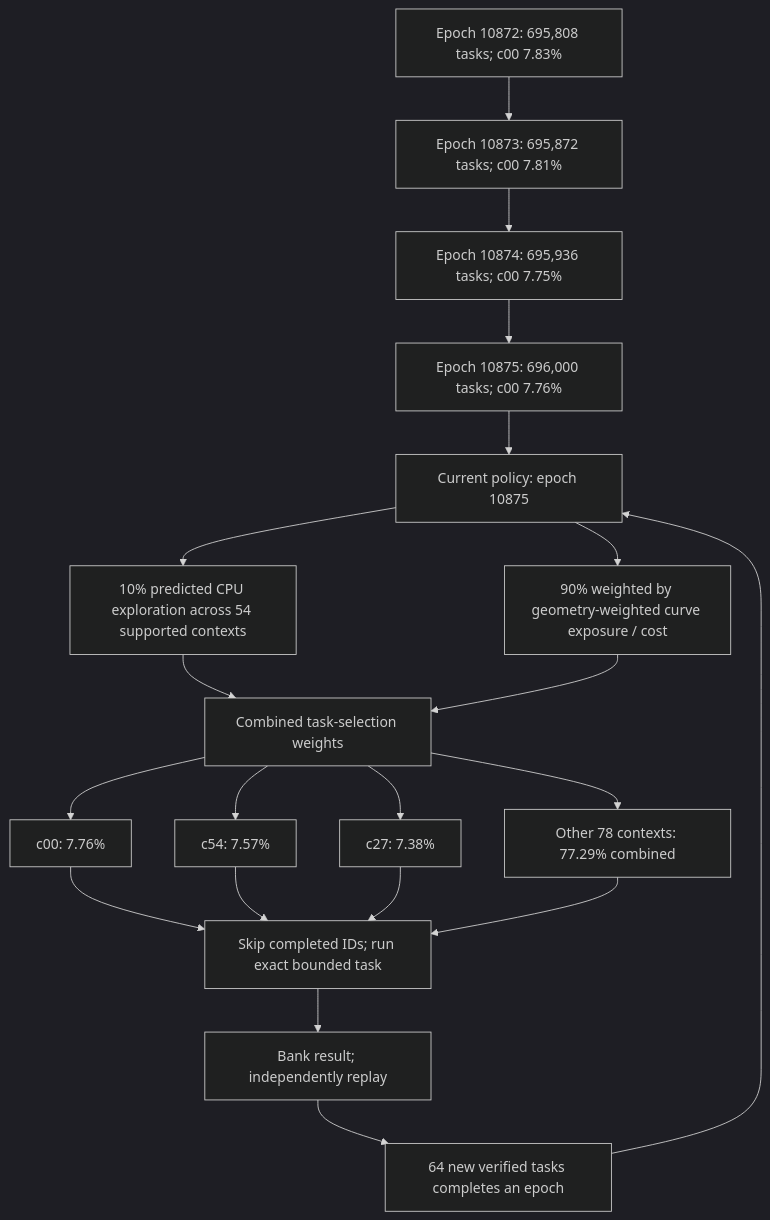
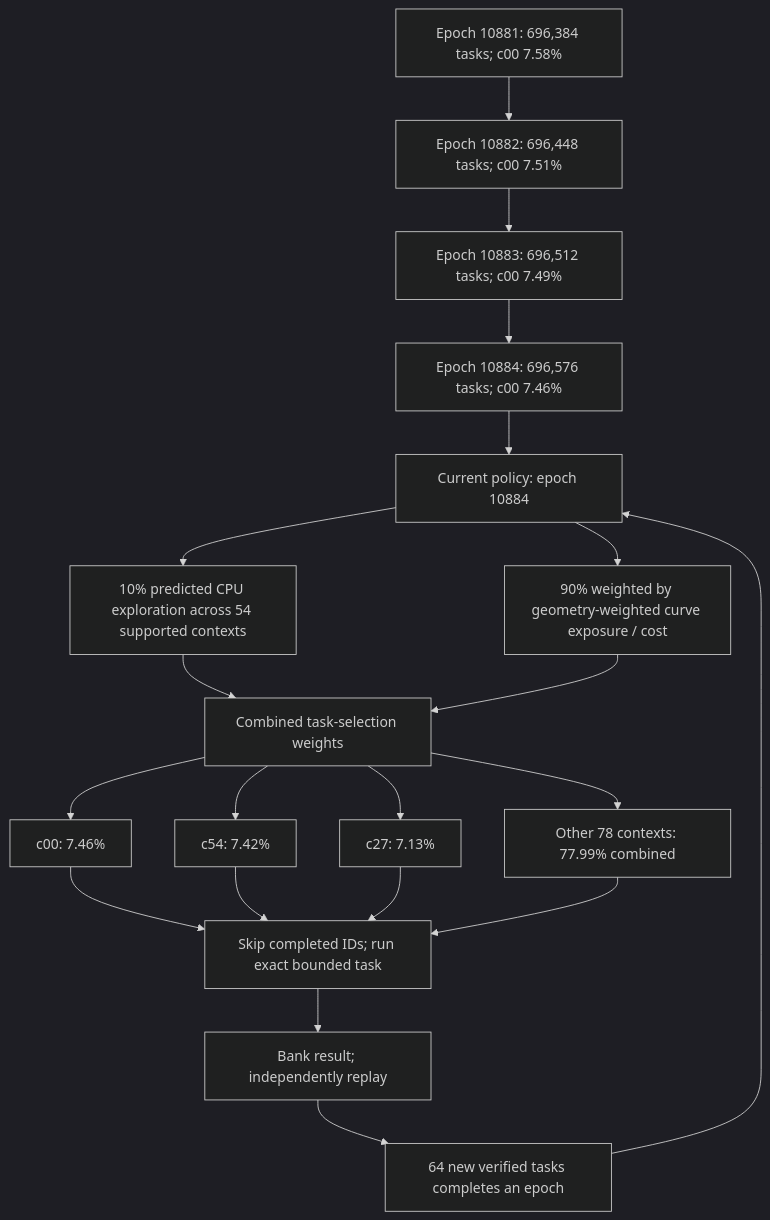
One commit to Kuberwastaken/math-gambling changed the first of 4 diagrams in README.md. Above: the diagram before and after it, drawn with Mermaid (dark theme). The commit also changed other lines of this file and 2200 other files, not shown here.

````diff
--- a/README.md
+++ b/README.md
@@ -60,27 +60,27 @@
 ```mermaid
 flowchart TD
-    H0["Epoch 10872: 695,808 tasks; c00 7.83%"]
-    H1["Epoch 10873: 695,872 tasks; c00 7.81%"]
+    H0["Epoch 10881: 696,384 tasks; c00 7.58%"]
+    H1["Epoch 10882: 696,448 tasks; c00 7.51%"]
     H0 --> H1
-    H2["Epoch 10874: 695,936 tasks; c00 7.75%"]
+    H2["Epoch 10883: 696,512 tasks; c00 7.49%"]
     H1 --> H2
-    H3["Epoch 10875: 696,000 tasks; c00 7.76%"]
+    H3["Epoch 10884: 696,576 tasks; c00 7.46%"]
     H2 --> H3
-    Policy["Current policy: epoch 10875"]
+    Policy["Current policy: epoch 10884"]
     H3 --> Policy
     Policy --> Explore["10% predicted CPU exploration across 54 supported contexts"]
     Policy --> Cost["90% weighted by geometry-weighted curve exposure / cost"]
     Explore --> Mix["Combined task-selection weights"]
     Cost --> Mix
-    Mix --> C0["c00: 7.76%"]
-    Mix --> C1["c54: 7.57%"]
-    Mix --> C2["c27: 7.38%"]
-    Mix --> Rest["Other 78 contexts: 77.29% combined"]
+    Mix --> C0["c00: 7.46%"]
+    Mix --> C1["c54: 7.42%"]
+    Mix --> C2["c27: 7.13%"]
+    Mix --> Rest["Other 78 contexts: 77.99% combined"]
     C0 --> Check["Skip completed IDs; run exact bounded task"]
     C1 --> Check
     C2 --> Check
     Rest --> Check
     Check --> Replay["Bank result; independently replay"]
     Replay --> Gate["64 new verified tasks completes an epoch"]
     Gate --> Policy
 ```
````
